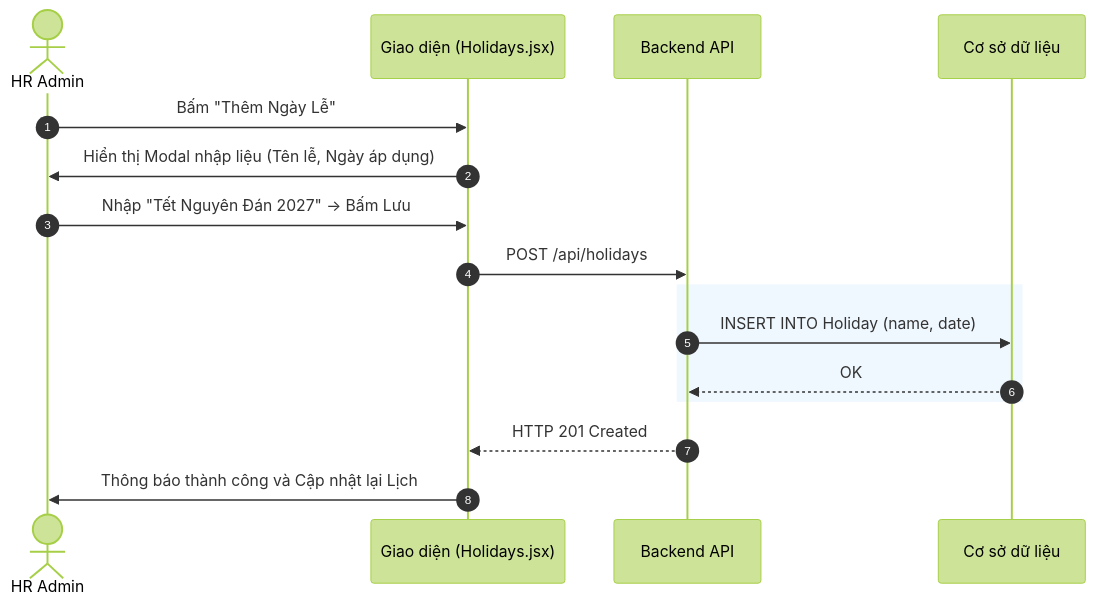
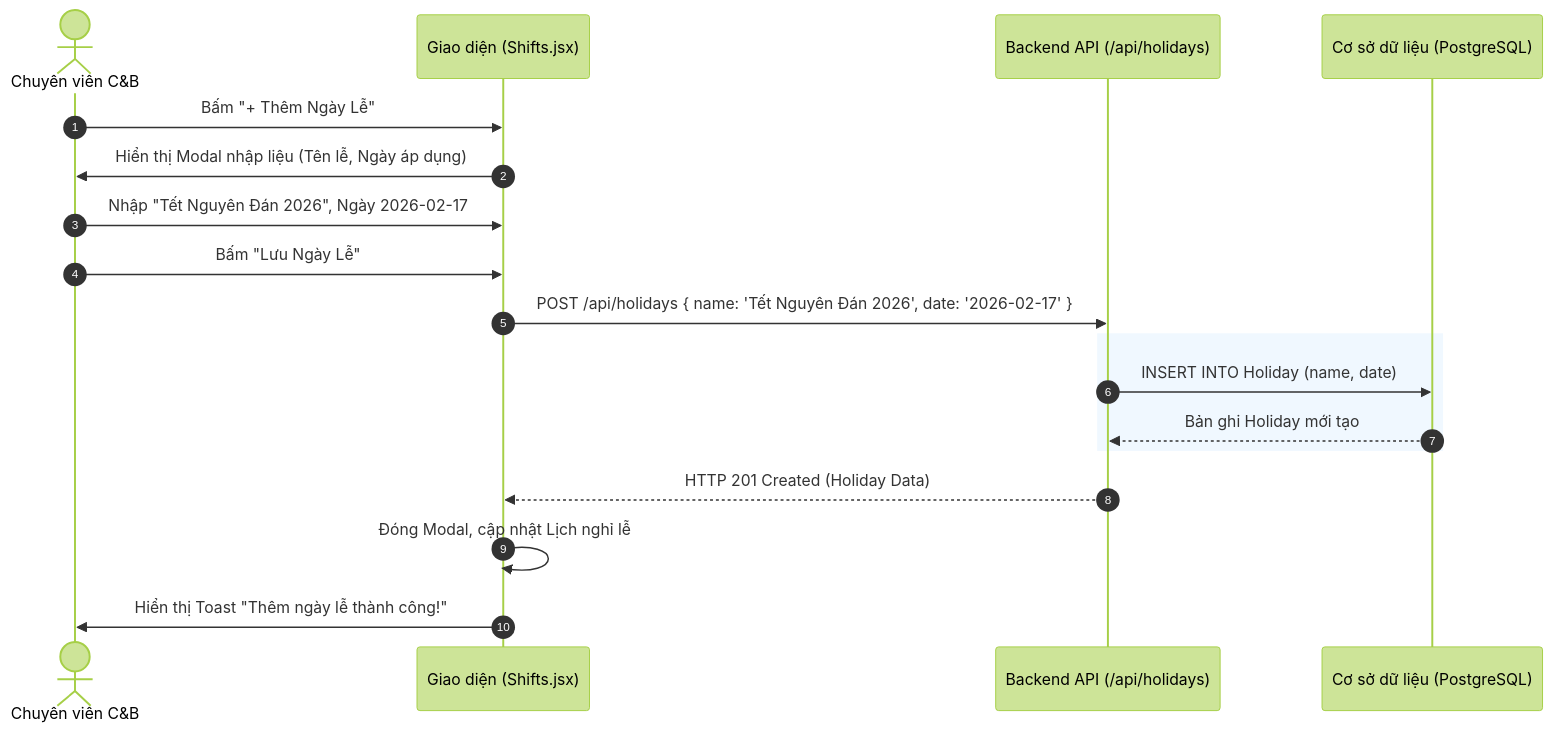
The seventh of 7 diagrams in docs/Tài liệu phân tích nghiệp vụ từng module/Module Chấm công/Chuc-nang-Quan-ly-Ca-lam.md (aye2710/HRM-DATN), drawn with Mermaid (forest theme) before and after one commit. The commit also changed other lines of this file and 27 other files, not shown here.

````diff
--- a/docs/Tài liệu phân tích nghiệp vụ từng module/Module Chấm công/Chuc-nang-Quan-ly-Ca-lam.md
+++ b/docs/Tài liệu phân tích nghiệp vụ từng module/Module Chấm công/Chuc-nang-Quan-ly-Ca-lam.md
@@ -13,22 +257,24 @@
 ```mermaid
 sequenceDiagram
     autonumber
-    actor HR as HR Admin
-    participant FE as Giao diện (Holidays.jsx)
-    participant BE as Backend API
-    participant DB as Cơ sở dữ liệu
+    actor HR as Chuyên viên C&B
+    participant FE as Giao diện (Shifts.jsx)
+    participant BE as Backend API (/api/holidays)
+    participant DB as Cơ sở dữ liệu (PostgreSQL)
 
-    HR->>FE: Bấm "Thêm Ngày Lễ"
+    HR->>FE: Bấm "+ Thêm Ngày Lễ"
     FE->>HR: Hiển thị Modal nhập liệu (Tên lễ, Ngày áp dụng)
-    HR->>FE: Nhập "Tết Nguyên Đán 2027" -> Bấm Lưu
+    HR->>FE: Nhập "Tết Nguyên Đán 2026", Ngày 2026-02-17
+    HR->>FE: Bấm "Lưu Ngày Lễ"
     
-    FE->>BE: POST /api/holidays
+    FE->>BE: POST /api/holidays { name: 'Tết Nguyên Đán 2026', date: '2026-02-17' }
     
     rect rgb(240, 248, 255)
         BE->>DB: INSERT INTO Holiday (name, date)
-        DB-->>BE: OK
+        DB-->>BE: Bản ghi Holiday mới tạo
     end
     
-    BE-->>FE: HTTP 201 Created
-    FE->>HR: Thông báo thành công và Cập nhật lại Lịch
+    BE-->>FE: HTTP 201 Created (Holiday Data)
+    FE->>FE: Đóng Modal, cập nhật Lịch nghỉ lễ
+    FE->>HR: Hiển thị Toast "Thêm ngày lễ thành công!"
 ```
````
